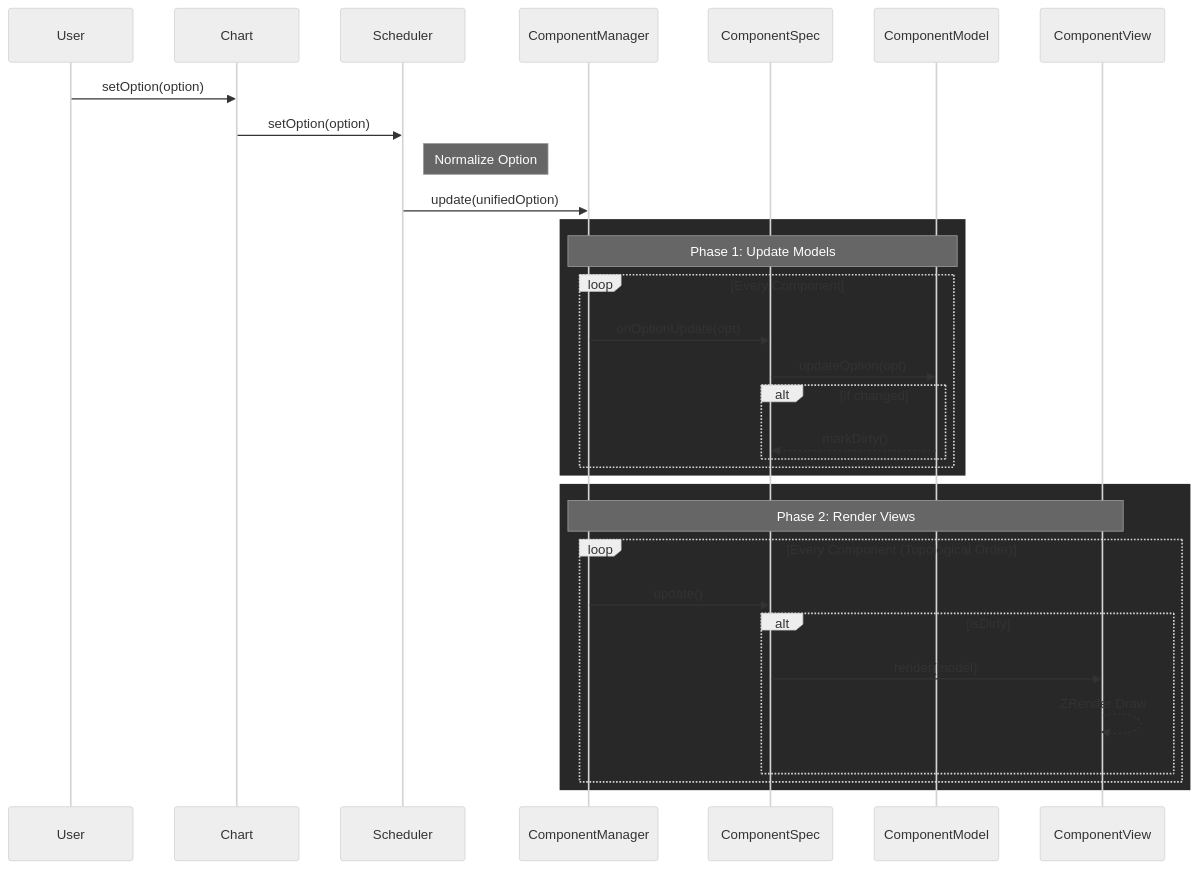
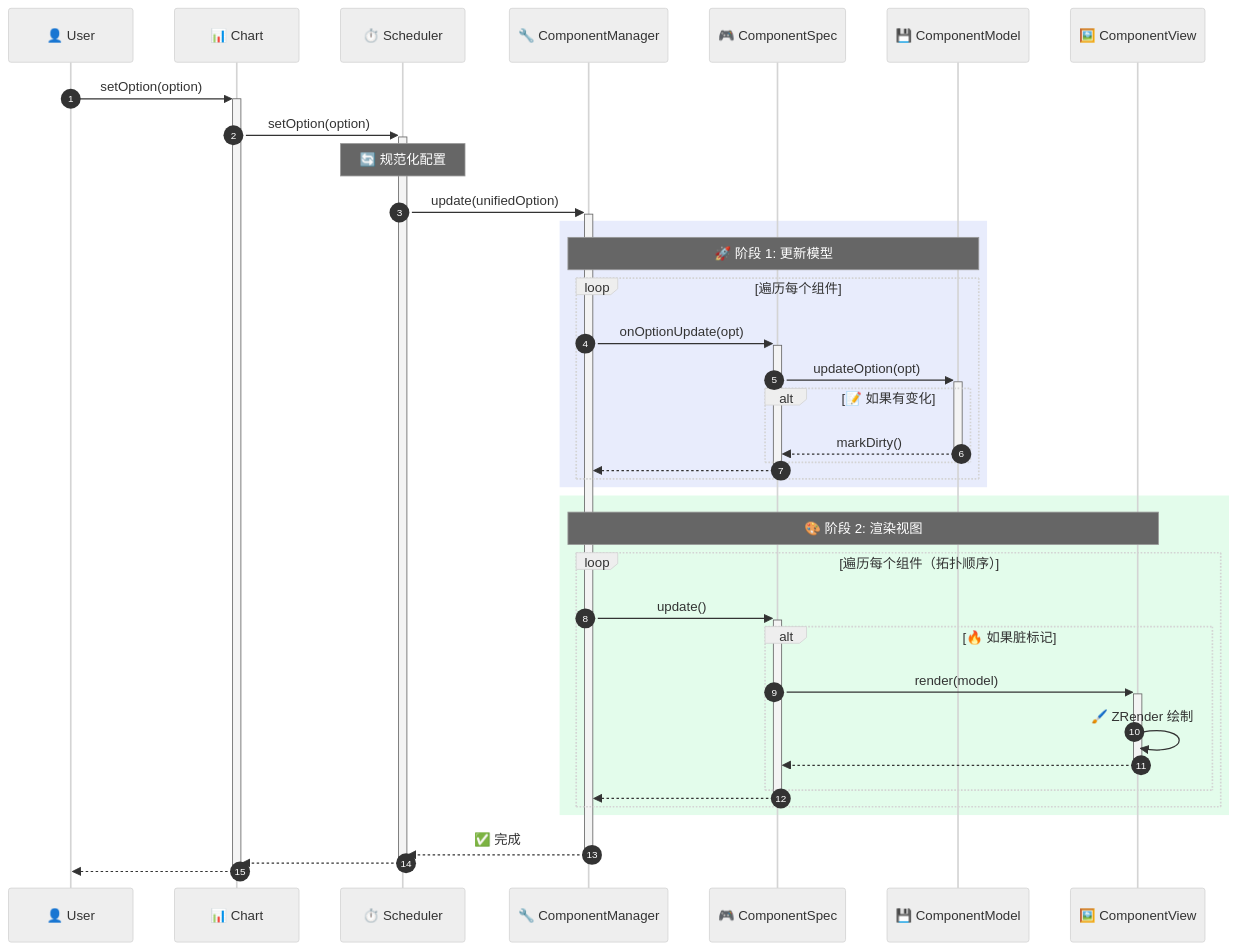
Before and after one commit to MIEnchating/signal-chart: the second of 2 diagrams in CONTRIBUTING.md, drawn with Mermaid (neutral theme). The commit also changed other lines of this file and 27 other files, not shown here.

First line of the commit message:
feat: Refactor chart options and models

````diff
--- a/CONTRIBUTING.md
+++ b/CONTRIBUTING.md
@@ -50,38 +60,45 @@
 ```mermaid
 sequenceDiagram
-    participant User
-    participant Chart
-    participant Scheduler
-    participant CM as ComponentManager
-    participant Spec as ComponentSpec
-    participant Model as ComponentModel
-    participant View as ComponentView
+    autonumber
+    participant U as 👤 User
+    participant C as 📊 Chart
+    participant S as ⏱️ Scheduler
+    participant CM as 🔧 ComponentManager
+    participant Spec as 🎮 ComponentSpec
+    participant M as 💾 ComponentModel
+    participant V as 🖼️ ComponentView
 
-    User->>Chart: setOption(option)
-    Chart->>Scheduler: setOption(option)
-    Note right of Scheduler: Normalize Option
+    U->>+C: setOption(option)
+    C->>+S: setOption(option)
+    Note over S: 🔄 规范化配置
+    S->>+CM: update(unifiedOption)
 
-    Scheduler->>CM: update(unifiedOption)
-
-    rect rgb(40, 40, 40)
-        Note over CM, Model: Phase 1: Update Models
-        loop Every Component
-            CM->>Spec: onOptionUpdate(opt)
-            Spec->>Model: updateOption(opt)
-            alt if changed
-                Model-->>Spec: markDirty()
+    rect rgba(102, 126, 234, 0.15)
+        Note over CM,M: 🚀 阶段 1: 更新模型
+        loop 遍历每个组件
+            CM->>+Spec: onOptionUpdate(opt)
+            Spec->>+M: updateOption(opt)
+            alt 📝 如果有变化
+                M-->>-Spec: markDirty()
             end
+            Spec-->>-CM:
         end
     end
 
-    rect rgb(40, 40, 40)
-        Note over CM, View: Phase 2: Render Views
-        loop Every Component (Topological Order)
-            CM->>Spec: update()
-            alt isDirty
-                Spec->>View: render(model)
-                View-->>View: ZRender Draw
+    rect rgba(67, 233, 123, 0.15)
+        Note over CM,V: 🎨 阶段 2: 渲染视图
+        loop 遍历每个组件（拓扑顺序）
+            CM->>+Spec: update()
+            alt 🔥 如果脏标记
+                Spec->>+V: render(model)
+                V->>V: 🖌️ ZRender 绘制
+                V-->>-Spec:
             end
+            Spec-->>-CM:
         end
     end
+
+    CM-->>-S: ✅ 完成
+    S-->>-C:
+    C-->>-U:
 ```
````
